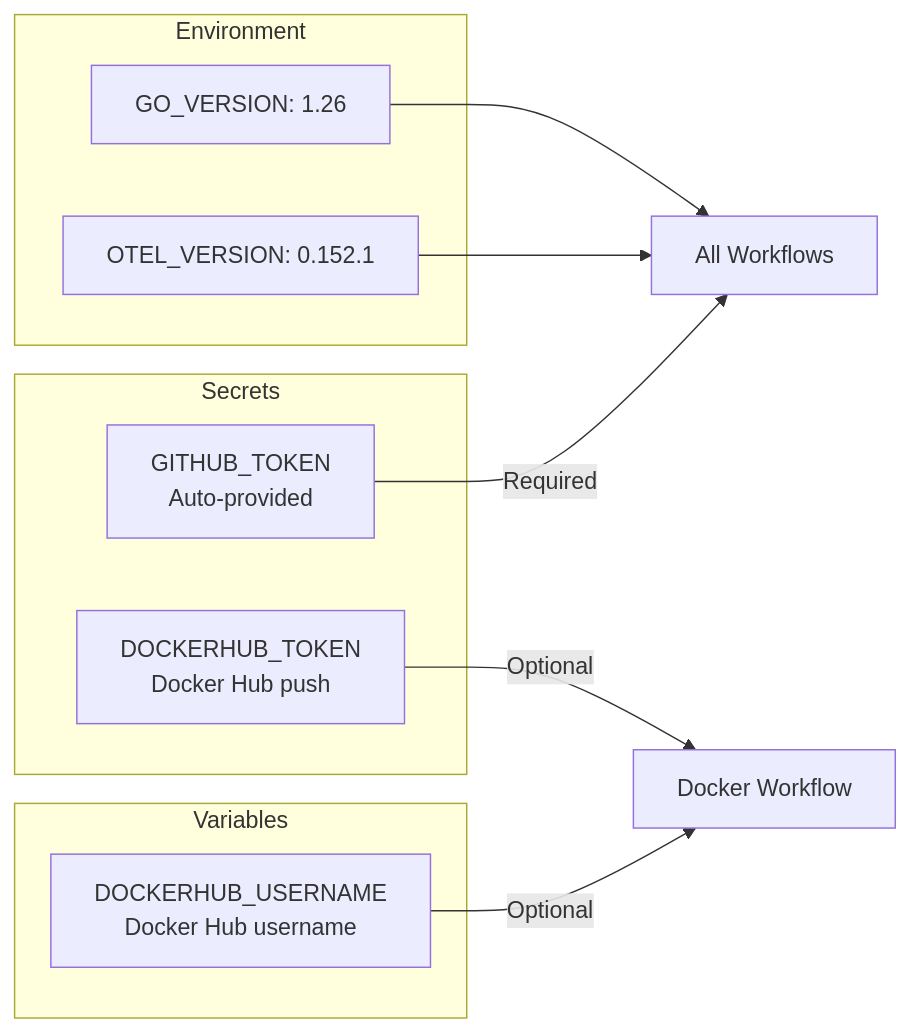
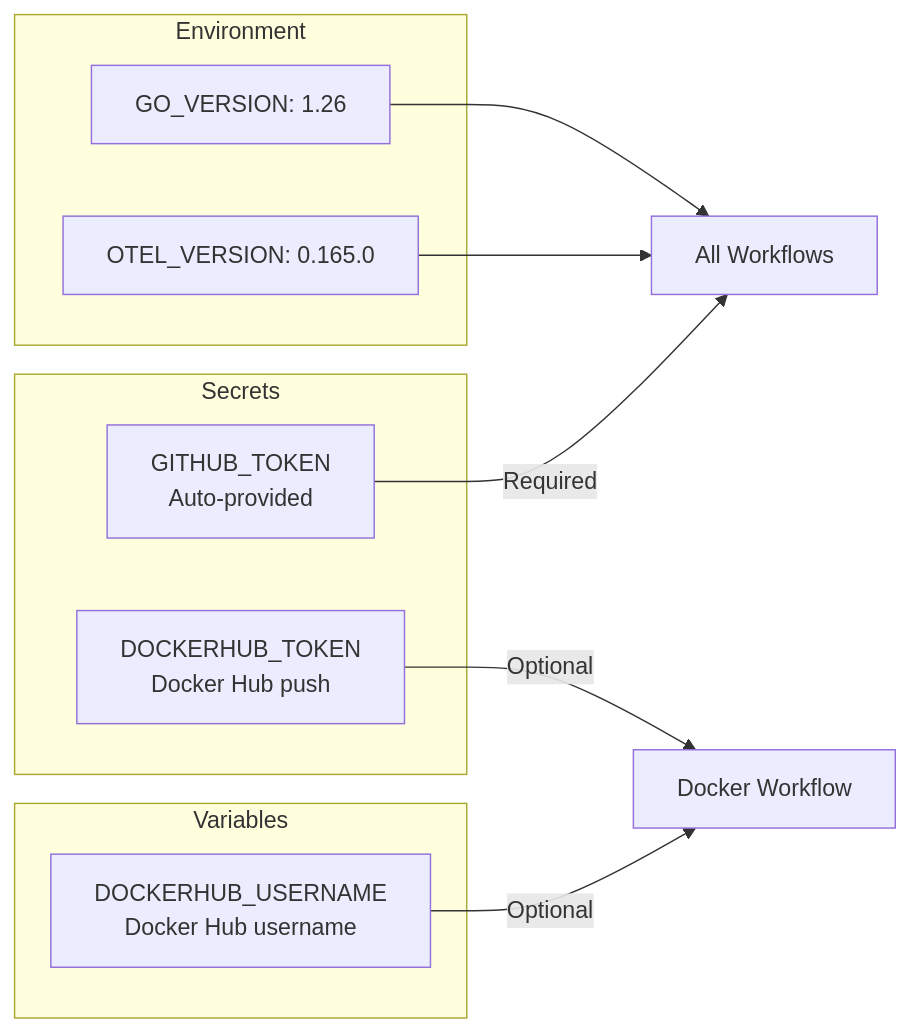
Before and after one commit to telemetryflow/telemetryflow-collector: the tenth of 13 diagrams in docs/GITHUB-WORKFLOWS.md, drawn with Mermaid. The commit also changed 4 other files, not shown here.

First line of the commit message:
docs: update OTel base version refs to 0.165 (core 0.165.0 / contrib 0.165.1)

````diff
--- a/docs/GITHUB-WORKFLOWS.md
+++ b/docs/GITHUB-WORKFLOWS.md
@@ -352,22 +352,22 @@
 ```mermaid
 flowchart LR
     subgraph "Secrets"
         GH[GITHUB_TOKEN<br/>Auto-provided]
         DH[DOCKERHUB_TOKEN<br/>Docker Hub push]
     end
 
     subgraph "Variables"
         DHU[DOCKERHUB_USERNAME<br/>Docker Hub username]
     end
 
     subgraph "Environment"
         GO[GO_VERSION: 1.26]
-        OTEL[OTEL_VERSION: 0.152.1]
+        OTEL[OTEL_VERSION: 0.165.0]
     end
 
     GH --> |Required| ALL[All Workflows]
     DH --> |Optional| DOCKER[Docker Workflow]
     DHU --> |Optional| DOCKER
     GO --> ALL
     OTEL --> ALL
 ```
````
